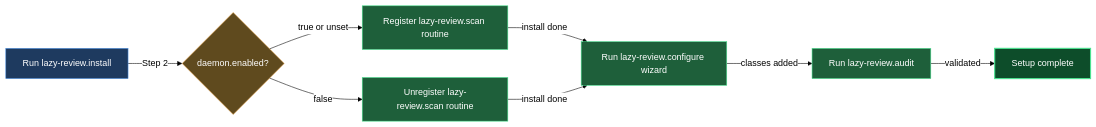
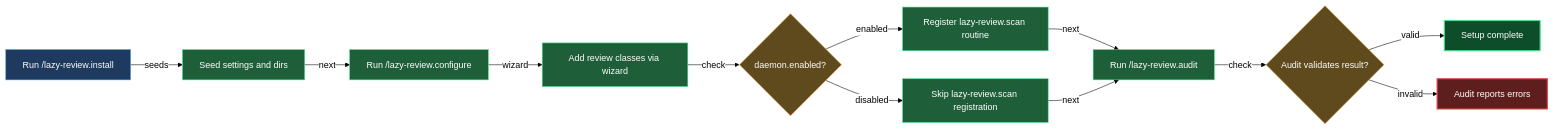
One commit to mebius-san/lazy-cortex changed the diagram in claude/lazycortex-review/help/install-and-audit.md. Above: the diagram before and after it, drawn with Mermaid. The commit also changed other lines of this file and 37 other files, not shown here.

````diff
--- a/claude/lazycortex-review/help/install-and-audit.md
+++ b/claude/lazycortex-review/help/install-and-audit.md
@@ -43,32 +43,45 @@
 ```mermaid
 %%{init: {'themeVariables':{'background':'transparent','lineColor':'#000','textColor':'#000','edgeLabelBackground':'#fff'},'themeCSS':'.edgeLabel{background-color:transparent!important}.edgeLabel p{background-color:transparent!important}','flowchart':{'diagramPadding':5,'useMaxWidth':true}}}%%
 flowchart LR
-  installSeedsSettings[Run lazy-review.install]
+  runInstall[Run /lazy-review.install]
+  seedSettingsAndDirs[Seed settings and dirs]
+  runConfigure[Run /lazy-review.configure]
+  addReviewClasses[Add review classes via wizard]
   daemonEnabledGate{daemon.enabled?}
   registerScanRoutine[Register lazy-review.scan routine]
-  unregisterScanRoutine[Unregister lazy-review.scan routine]
-  configureAddsReviewClasses[Run lazy-review.configure wizard]
-  auditValidatesResult[Run lazy-review.audit]
+  skipScanRegistration[Skip lazy-review.scan registration]
+  runAudit[Run /lazy-review.audit]
+  auditValid{Audit validates result?}
   setupComplete[Setup complete]
+  auditFailed[Audit reports errors]
 
-  installSeedsSettings -->|Step 2| daemonEnabledGate
-  daemonEnabledGate -->|true or unset| registerScanRoutine
-  daemonEnabledGate -->|false| unregisterScanRoutine
-  registerScanRoutine -->|install done| configureAddsReviewClasses
-  unregisterScanRoutine -->|install done| configureAddsReviewClasses
-  configureAddsReviewClasses -->|classes added| auditValidatesResult
-  auditValidatesResult -->|validated| setupComplete
+  runInstall -->|seeds| seedSettingsAndDirs
+  seedSettingsAndDirs -->|next| runConfigure
+  runConfigure -->|wizard| addReviewClasses
+  addReviewClasses -->|check| daemonEnabledGate
+  daemonEnabledGate -->|enabled| registerScanRoutine
+  daemonEnabledGate -->|disabled| skipScanRegistration
+  registerScanRoutine -->|next| runAudit
+  skipScanRegistration -->|next| runAudit
+  runAudit -->|check| auditValid
+  auditValid -->|valid| setupComplete
+  auditValid -->|invalid| auditFailed
 
   classDef entry fill:#1e3a5f,stroke:#4a90e2,color:#fff
   classDef guard fill:#5f4a1e,stroke:#e2a14a,color:#fff
   classDef action fill:#1e5f3a,stroke:#4ae290,color:#fff
   classDef success fill:#0d4d2a,stroke:#4ae290,color:#fff,stroke-width:2px
+  classDef error fill:#5f1e1e,stroke:#e24a4a,color:#fff,stroke-width:2px
 
-  class installSeedsSettings entry
+  class runInstall entry
+  class seedSettingsAndDirs action
+  class runConfigure action
+  class addReviewClasses action
   class daemonEnabledGate guard
   class registerScanRoutine action
-  class unregisterScanRoutine action
-  class configureAddsReviewClasses action
-  class auditValidatesResult action
+  class skipScanRegistration action
+  class runAudit action
+  class auditValid guard
   class setupComplete success
+  class auditFailed error
 ```
````
